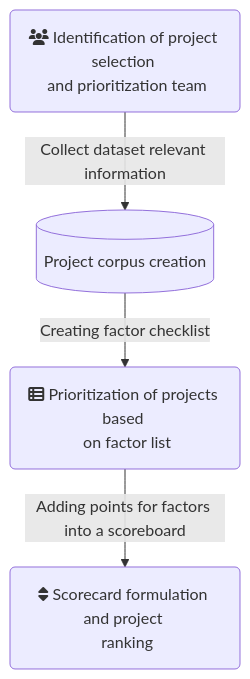
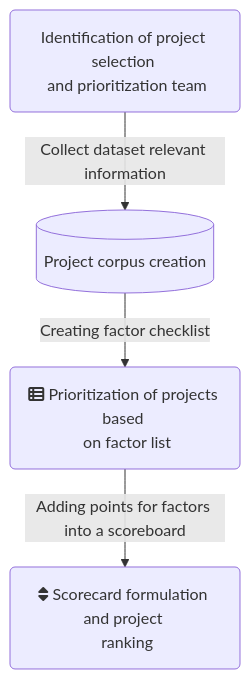
One commit to FAIRplus/the-fair-cookbook changed the diagram in content/recipes/introduction/prioritization-mermaid.mmd. Above: the diagram before and after it, drawn with Mermaid.

Commit message:
Remove user icon in mermaid

```diff
--- a/content/recipes/introduction/prioritization-mermaid.mmd
+++ b/content/recipes/introduction/prioritization-mermaid.mmd
@@ -1,4 +1,4 @@
 graph TD;
-	A(fa:fa-users Identification of project selection <br> and prioritization team) --> |Collect dataset relevant information|B[(Project corpus creation)]
+	A(Identification of project selection <br> and prioritization team) --> |Collect dataset relevant information|B[(Project corpus creation)]
     B--> |Creating factor checklist| C(fa:fa-th-list Prioritization of projects based <br> on factor list)
     C--> |Adding points for factors into a scoreboard| D(fa:fa-sort Scorecard formulation and project <br> ranking)
```
